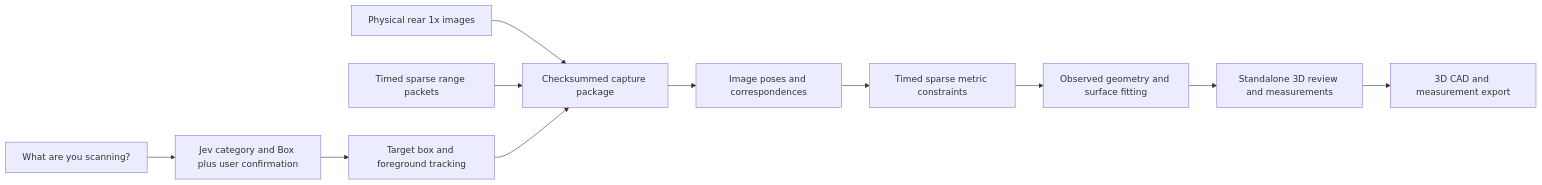
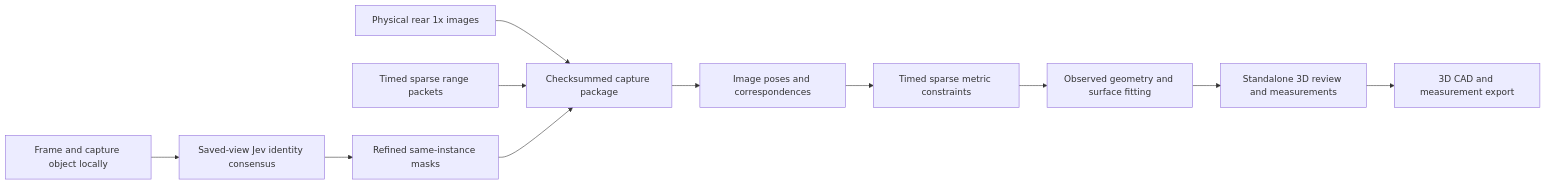
Before and after one commit to KeplSiv/ReverseCAD: the diagram in docs/SPARSE_RECONSTRUCTION_SPEC.md, drawn with Mermaid. The commit also changed other lines of this file and 28 other files, not shown here.

Commit message:
Make Prelude object scanning capture first

````diff
--- a/docs/SPARSE_RECONSTRUCTION_SPEC.md
+++ b/docs/SPARSE_RECONSTRUCTION_SPEC.md
@@ -119,13 +31,13 @@
 ```mermaid
 flowchart LR
-    P[What are you scanning?] --> V[Jev category and Box plus user confirmation]
-    V --> T[Target box and foreground tracking]
+    P[Frame and capture object locally] --> V[Saved-view Jev identity consensus]
+    V --> T[Refined same-instance masks]
     A[Physical rear 1x images] --> C[Checksummed capture package]
     B[Timed sparse range packets] --> C
     T --> C
     C --> S[Image poses and correspondences]
     S --> R[Timed sparse metric constraints]
     R --> G[Observed geometry and surface fitting]
     G --> M[Standalone 3D review and measurements]
     M --> E[3D CAD and measurement export]
 ```
````
